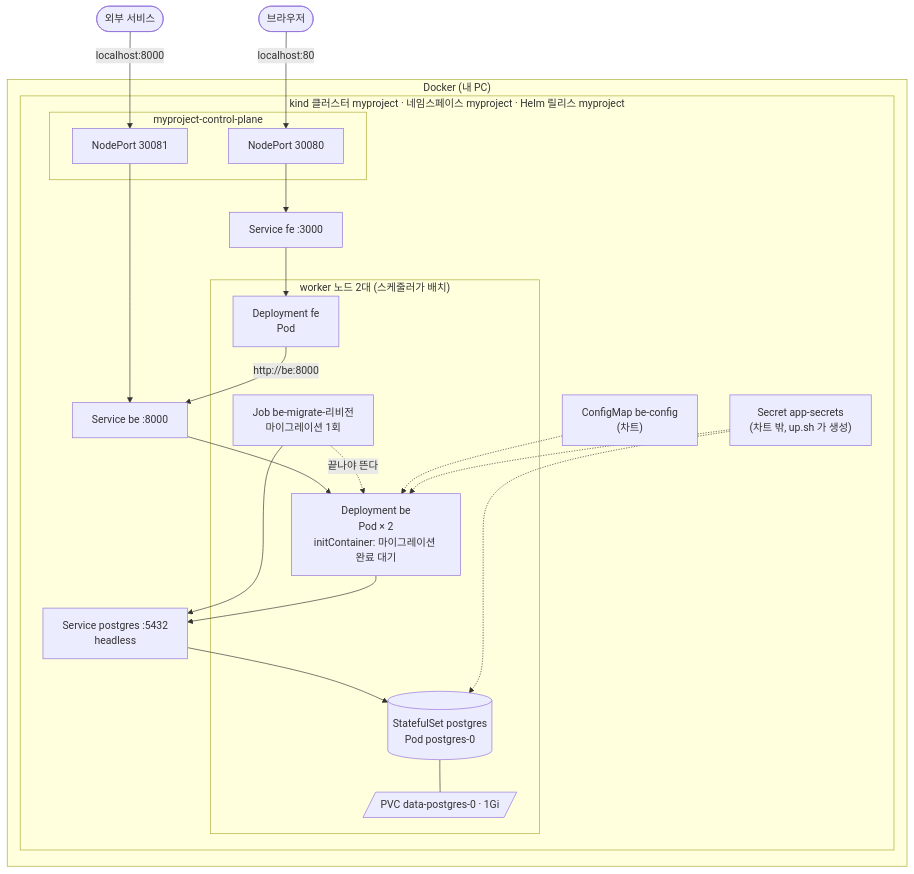
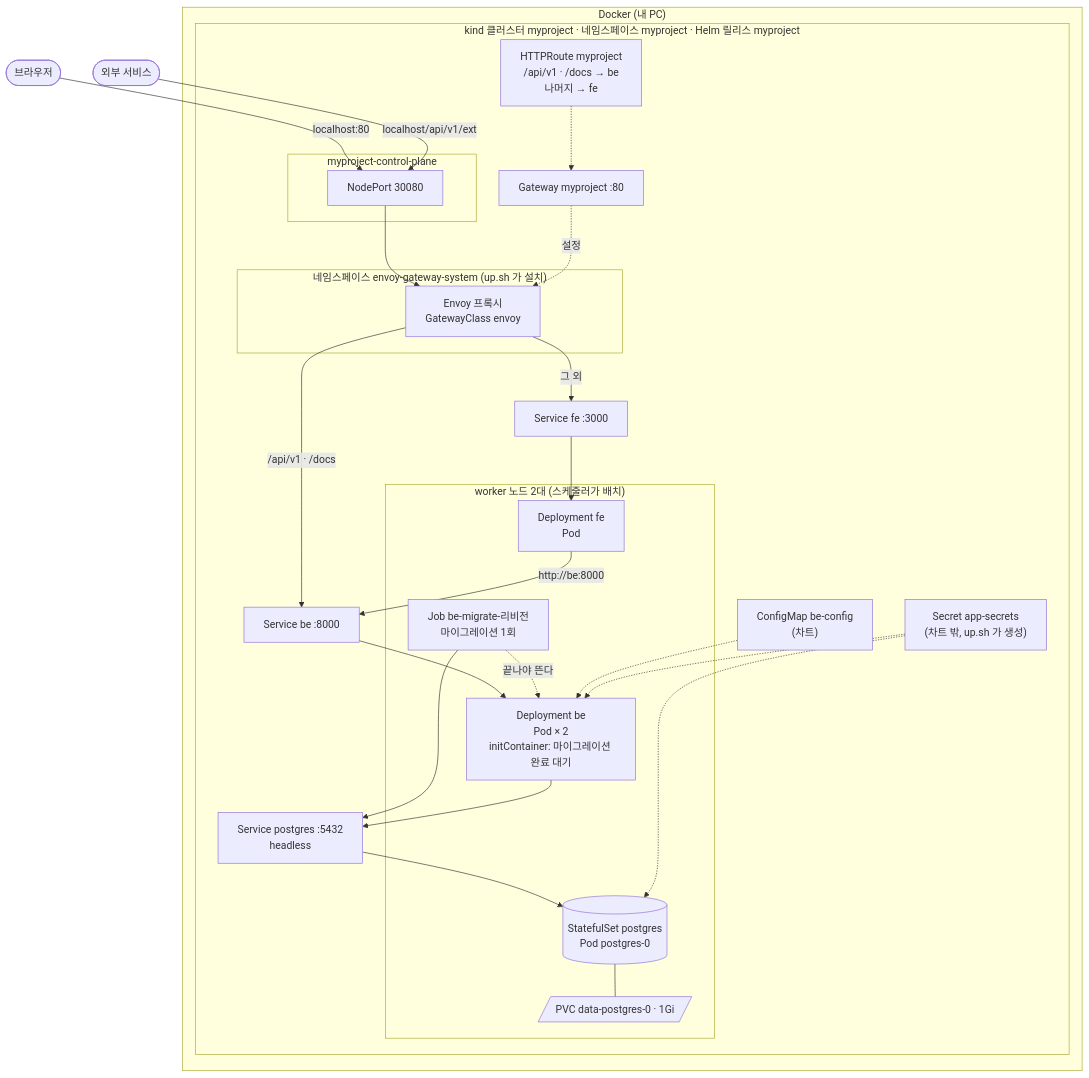
Before and after one commit to akdrhtn123/MyProject: the fourth of 6 diagrams in docs/ARCHITECTURE.md, drawn with Mermaid. The commit also changed other lines of this file and 7 other files, not shown here.

First line of the commit message:
k8s: Gateway API 로 입구를 하나로 (/api/v1 · /docs → be, 나머지 → fe)

````diff
--- a/docs/ARCHITECTURE.md
+++ b/docs/ARCHITECTURE.md
@@ -144,39 +144,48 @@
 ```mermaid
 flowchart TB
-    user([브라우저]) -->|localhost:80| np1
-    ext([외부 서비스]) -->|localhost:8000| np2
+    user([브라우저]) -->|"localhost:80"| np
+    ext([외부 서비스]) -->|"localhost/api/v1/ext"| np
 
     subgraph docker["Docker (내 PC)"]
         subgraph cluster["kind 클러스터 myproject · 네임스페이스 myproject · Helm 릴리스 myproject"]
             subgraph cp["myproject-control-plane"]
-                np1["NodePort 30080"]
-                np2["NodePort 30081"]
+                np["NodePort 30080"]
             end
+
+            subgraph egns["네임스페이스 envoy-gateway-system (up.sh 가 설치)"]
+                envoy["Envoy 프록시<br/>GatewayClass envoy"]
+            end
+
+            gw["Gateway myproject :80"]
+            route["HTTPRoute myproject<br/>/api/v1 · /docs → be<br/>나머지 → fe"]
 
             svcfe["Service fe :3000"]
             svcbe["Service be :8000"]
             svcpg["Service postgres :5432<br/>headless"]
 
             subgraph workers["worker 노드 2대 (스케줄러가 배치)"]
                 fe["Deployment fe<br/>Pod"]
                 job["Job be-migrate-리비전<br/>마이그레이션 1회"]
                 be["Deployment be<br/>Pod × 2<br/>initContainer: 마이그레이션 완료 대기"]
                 pg[("StatefulSet postgres<br/>Pod postgres-0")]
                 pvc[/"PVC data-postgres-0 · 1Gi"/]
             end
 
             cm["ConfigMap be-config<br/>(차트)"]
             sec["Secret app-secrets<br/>(차트 밖, up.sh 가 생성)"]
         end
     end
 
-    np1 --> svcfe --> fe
-    np2 --> svcbe --> be
+    np --> envoy
+    gw -.->|"설정"| envoy
+    route -.-> gw
+    envoy -->|"/api/v1 · /docs"| svcbe --> be
+    envoy -->|"그 외"| svcfe --> fe
     fe -->|"http://be:8000"| svcbe
     job --> svcpg
     be --> svcpg --> pg
     job -.->|"끝나야 뜬다"| be
     pg --- pvc
     cm -.-> be
     sec -.-> be & pg
 ```
````
